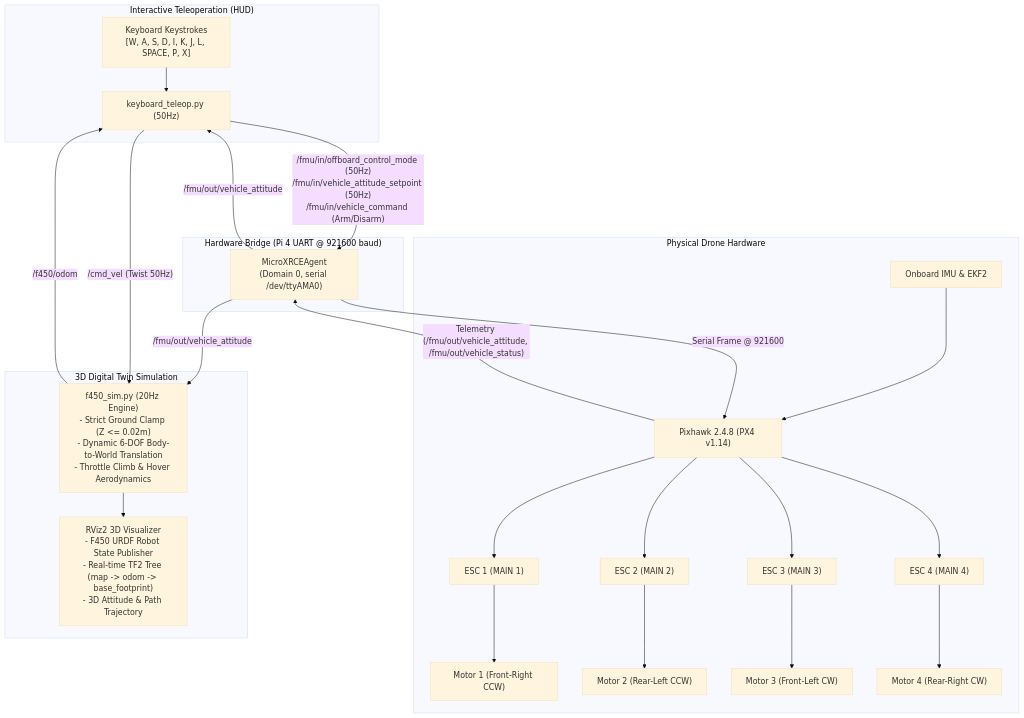
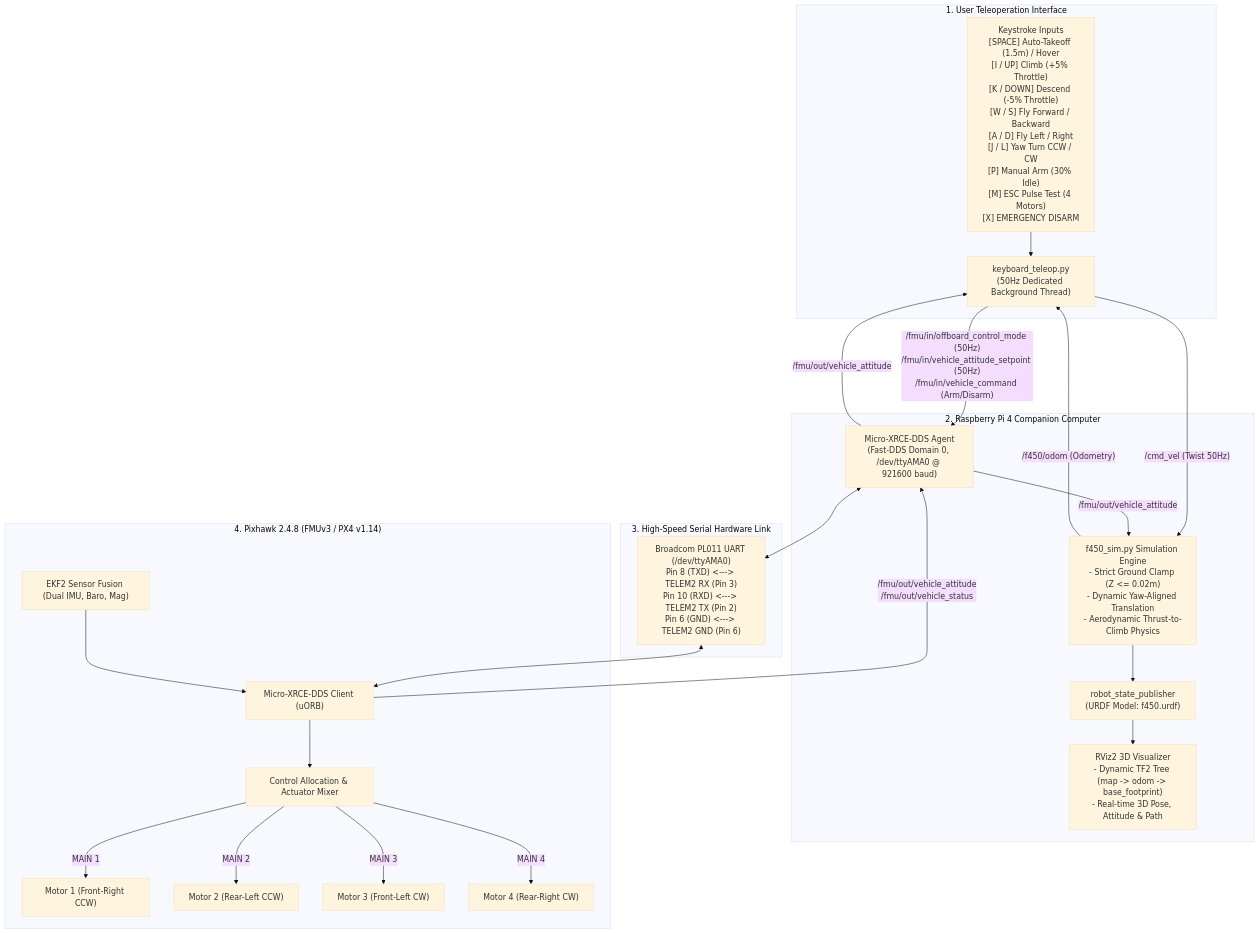
The first of 2 diagrams in README.md (namanharshwal/px-2.4.8_drone_ros2_humble), drawn with Mermaid (base theme) before and after one commit. The commit also changed other lines of this file, not shown here.

Commit message:
docs(readme): expand into ultra-comprehensive master manual with full command reference and system autopsies

````diff
--- a/README.md
+++ b/README.md
@@ -61,36 +64,46 @@
 ```mermaid
 flowchart TD
-    subgraph INPUT["Interactive Teleoperation (HUD)"]
-        KEY["keyboard_teleop.py (50Hz)"]
-        USER["Keyboard Keystrokes\n[W, A, S, D, I, K, J, L, SPACE, P, X]"] --> KEY
+    subgraph USER_INPUT["1. User Teleoperation Interface"]
+        KEY["keyboard_teleop.py\n(50Hz Dedicated Background Thread)"]
+        INPUTS["Keystroke Inputs\n[SPACE] Auto-Takeoff (1.5m) / Hover\n[I / UP] Climb (+5% Throttle)\n[K / DOWN] Descend (-5% Throttle)\n[W / S] Fly Forward / Backward\n[A / D] Fly Left / Right\n[J / L] Yaw Turn CCW / CW\n[P] Manual Arm (30% Idle)\n[M] ESC Pulse Test (4 Motors)\n[X] EMERGENCY DISARM"] --> KEY
     end
 
-    subgraph HARDWARE["Physical Drone Hardware"]
-        FC["Pixhawk 2.4.8 (PX4 v1.14)"]
-        ESC1["ESC 1 (MAIN 1)"] --> M1["Motor 1 (Front-Right CCW)"]
-        ESC2["ESC 2 (MAIN 2)"] --> M2["Motor 2 (Rear-Left CCW)"]
-        ESC3["ESC 3 (MAIN 3)"] --> M3["Motor 3 (Front-Left CW)"]
-        ESC4["ESC 4 (MAIN 4)"] --> M4["Motor 4 (Rear-Right CW)"]
-        FC --> ESC1 & ESC2 & ESC3 & ESC4
-        IMU["Onboard IMU & EKF2"] --> FC
+    subgraph RPI4["2. Raspberry Pi 4 Companion Computer"]
+        AGENT["Micro-XRCE-DDS Agent\n(Fast-DDS Domain 0, /dev/ttyAMA0 @ 921600 baud)"]
+        ROBOT_STATE["robot_state_publisher\n(URDF Model: f450.urdf)"]
+        SIM_ENG["f450_sim.py Simulation Engine\n- Strict Ground Clamp (Z <= 0.02m)\n- Dynamic Yaw-Aligned Translation\n- Aerodynamic Thrust-to-Climb Physics"]
+        RVIZ["RViz2 3D Visualizer\n- Dynamic TF2 Tree (map -> odom -> base_footprint)\n- Real-time 3D Pose, Attitude & Path"]
+        
+        SIM_ENG --> ROBOT_STATE --> RVIZ
+        KEY -->|"/cmd_vel (Twist 50Hz)"| SIM_ENG
+        SIM_ENG -->|"/f450/odom (Odometry)"| KEY
     end
 
-    subgraph BRIDGE["Hardware Bridge (Pi 4 UART @ 921600 baud)"]
-        AGENT["MicroXRCEAgent\n(Domain 0, serial /dev/ttyAMA0)"]
+    subgraph SERIAL_LINK["3. High-Speed Serial Hardware Link"]
+        TX_RX["Broadcom PL011 UART (/dev/ttyAMA0)\nPin 8 (TXD) <---> TELEM2 RX (Pin 3)\nPin 10 (RXD) <---> TELEM2 TX (Pin 2)\nPin 6 (GND) <---> TELEM2 GND (Pin 6)"]
     end
 
-    subgraph SIMULATION["3D Digital Twin Simulation"]
-        SIM["f450_sim.py (20Hz Engine)\n- Strict Ground Clamp (Z <= 0.02m)\n- Dynamic 6-DOF Body-to-World Translation\n- Throttle Climb & Hover Aerodynamics"]
-        RVIZ["RViz2 3D Visualizer\n- F450 URDF Robot State Publisher\n- Real-time TF2 Tree (map -> odom -> base_footprint)\n- 3D Attitude & Path Trajectory"]
-        SIM --> RVIZ
+    subgraph PIXHAWK["4. Pixhawk 2.4.8 (FMUv3 / PX4 v1.14)"]
+        CLIENT["Micro-XRCE-DDS Client (uORB)"]
+        EKF["EKF2 Sensor Fusion (Dual IMU, Baro, Mag)"]
+        MIXER["Control Allocation & Actuator Mixer"]
+        
+        M1["Motor 1 (Front-Right CCW)"]
+        M2["Motor 2 (Rear-Left CCW)"]
+        M3["Motor 3 (Front-Left CW)"]
+        M4["Motor 4 (Rear-Right CW)"]
+        
+        MIXER -->|MAIN 1| M1
+        MIXER -->|MAIN 2| M2
+        MIXER -->|MAIN 3| M3
+        MIXER -->|MAIN 4| M4
     end
 
     KEY -->|"/fmu/in/offboard_control_mode (50Hz)\n/fmu/in/vehicle_attitude_setpoint (50Hz)\n/fmu/in/vehicle_command (Arm/Disarm)"| AGENT
-    AGENT -->|"Serial Frame @ 921600"| FC
-    FC -->|"Telemetry (/fmu/out/vehicle_attitude, /fmu/out/vehicle_status)"| AGENT
+    AGENT <--> TX_RX <--> CLIENT
+    CLIENT --> MIXER
+    EKF --> CLIENT
+    CLIENT -->|"/fmu/out/vehicle_attitude\n/fmu/out/vehicle_status"| AGENT
     AGENT -->|"/fmu/out/vehicle_attitude"| KEY
-    AGENT -->|"/fmu/out/vehicle_attitude"| SIM
-
-    KEY -->|"/cmd_vel (Twist 50Hz)"| SIM
-    SIM -->|"/f450/odom"| KEY
+    AGENT -->|"/fmu/out/vehicle_attitude"| SIM_ENG
 ```
````
